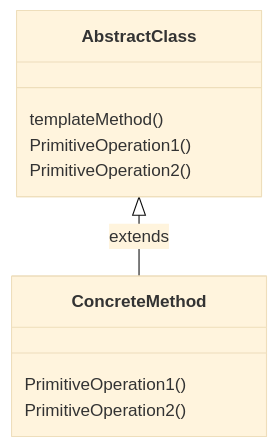
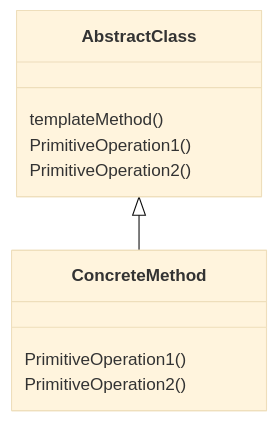
One commit to AkitoTsukahara/php-design-pattern-introduction changed the diagram in server/TemplateMethod/memo.md. Above: the diagram before and after it, drawn with Mermaid (base theme). The commit also changed 13 other files, not shown here.

````diff
--- a/server/TemplateMethod/memo.md
+++ b/server/TemplateMethod/memo.md
@@ -13,15 +13,15 @@
 ```mermaid
 classDiagram
 class AbstractClass{
     templateMethod()
     PrimitiveOperation1()
     PrimitiveOperation2()
 }
 
 class ConcreteMethod{
     PrimitiveOperation1()
     PrimitiveOperation2()
 }
 
-AbstractClass <|-- ConcreteMethod : extends
+AbstractClass <|-- ConcreteMethod
 ```
````
